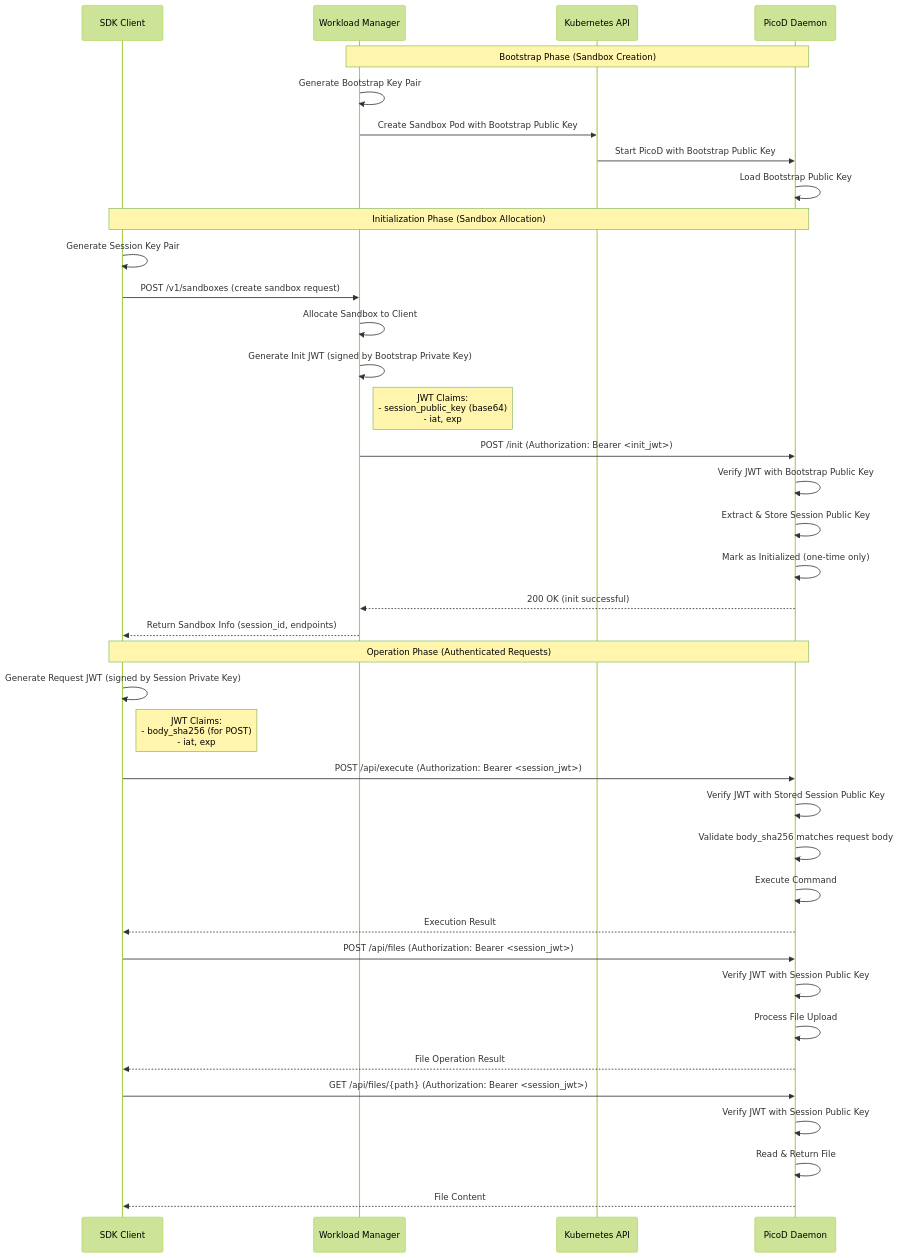
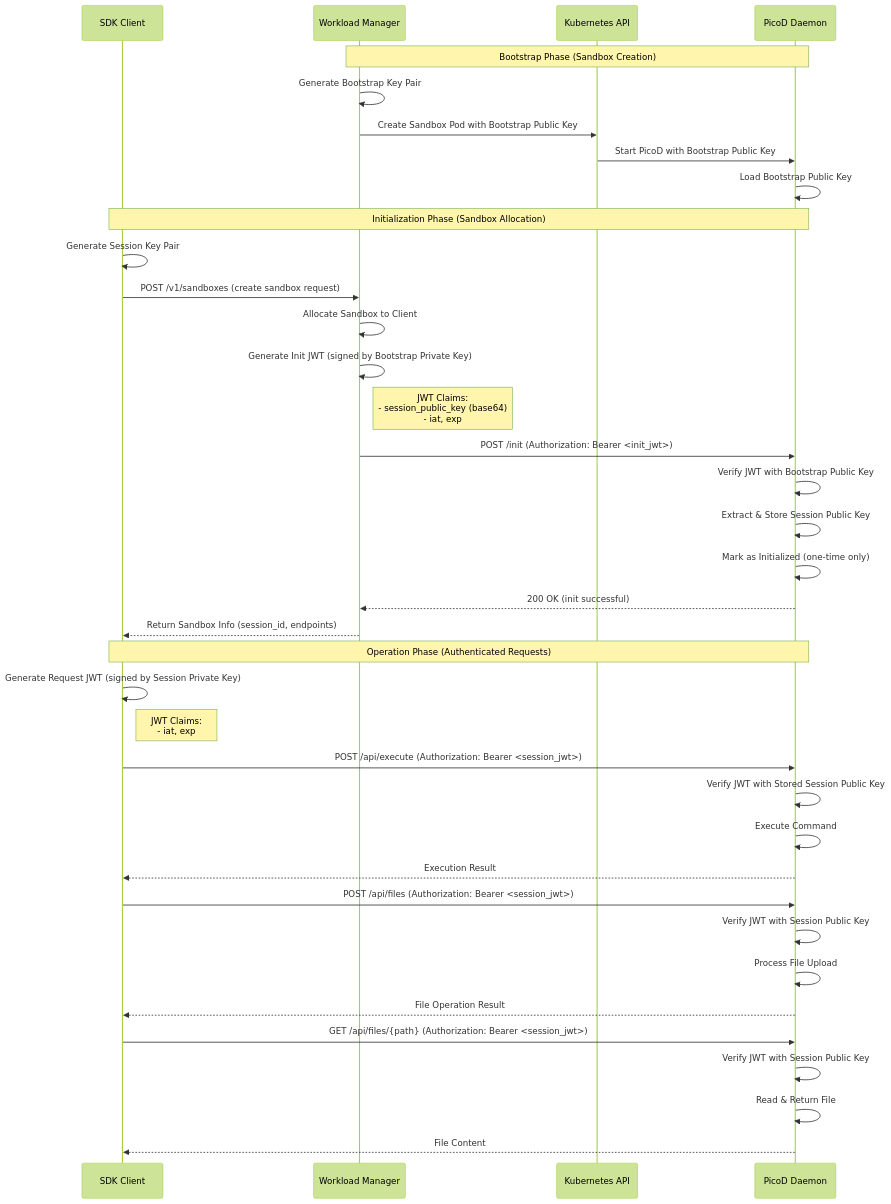
Before and after one commit to volcano-sh/agentcube: the second of 4 diagrams in docs/design/picod-proposal.md, drawn with Mermaid (forest theme). The commit also changed other lines of this file, not shown here.

````diff
--- a/docs/design/picod-proposal.md
+++ b/docs/design/picod-proposal.md
@@ -243,46 +244,45 @@
 ```mermaid
 sequenceDiagram
     participant Client as SDK Client
     participant WorkloadMgr as Workload Manager
     participant K8s as Kubernetes API
     participant PicoD as PicoD Daemon
     
 
     Note over WorkloadMgr, PicoD: Bootstrap Phase (Sandbox Creation)
     WorkloadMgr->>WorkloadMgr: Generate Bootstrap Key Pair
     WorkloadMgr->>K8s: Create Sandbox Pod with Bootstrap Public Key
     K8s->>PicoD: Start PicoD with Bootstrap Public Key
     PicoD->>PicoD: Load Bootstrap Public Key
     
     Note over Client, PicoD: Initialization Phase (Sandbox Allocation)
     Client->>Client: Generate Session Key Pair
     Client->>WorkloadMgr: POST /v1/sandboxes (create sandbox request)
     WorkloadMgr->>WorkloadMgr: Allocate Sandbox to Client
     WorkloadMgr->>WorkloadMgr: Generate Init JWT (signed by Bootstrap Private Key)
     Note right of WorkloadMgr: JWT Claims:<br/>- session_public_key (base64)<br/>- iat, exp
     WorkloadMgr->>PicoD: POST /init (Authorization: Bearer <init_jwt>)
     PicoD->>PicoD: Verify JWT with Bootstrap Public Key
     PicoD->>PicoD: Extract & Store Session Public Key
     PicoD->>PicoD: Mark as Initialized (one-time only)
     PicoD-->>WorkloadMgr: 200 OK (init successful)
     WorkloadMgr-->>Client: Return Sandbox Info (session_id, endpoints)
     
     Note over Client, PicoD: Operation Phase (Authenticated Requests)
     Client->>Client: Generate Request JWT (signed by Session Private Key)
-    Note right of Client: JWT Claims:<br/>- body_sha256 (for POST)<br/>- iat, exp
+    Note right of Client: JWT Claims:<br/>- iat, exp
     Client->>PicoD: POST /api/execute (Authorization: Bearer <session_jwt>)
     PicoD->>PicoD: Verify JWT with Stored Session Public Key
-    PicoD->>PicoD: Validate body_sha256 matches request body
     PicoD->>PicoD: Execute Command
     PicoD-->>Client: Execution Result
     
     Client->>PicoD: POST /api/files (Authorization: Bearer <session_jwt>)
     PicoD->>PicoD: Verify JWT with Session Public Key
     PicoD->>PicoD: Process File Upload
     PicoD-->>Client: File Operation Result
     
     Client->>PicoD: GET /api/files/{path} (Authorization: Bearer <session_jwt>)
     PicoD->>PicoD: Verify JWT with Session Public Key
     PicoD->>PicoD: Read & Return File
     PicoD-->>Client: File Content
 ```
````
